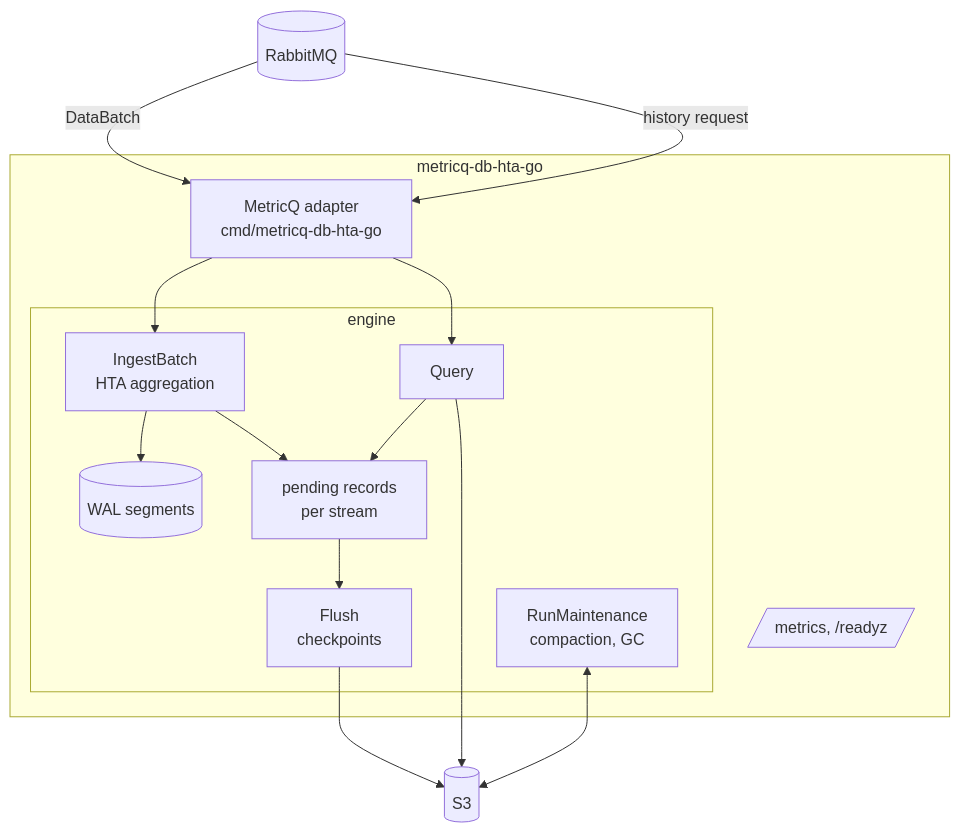
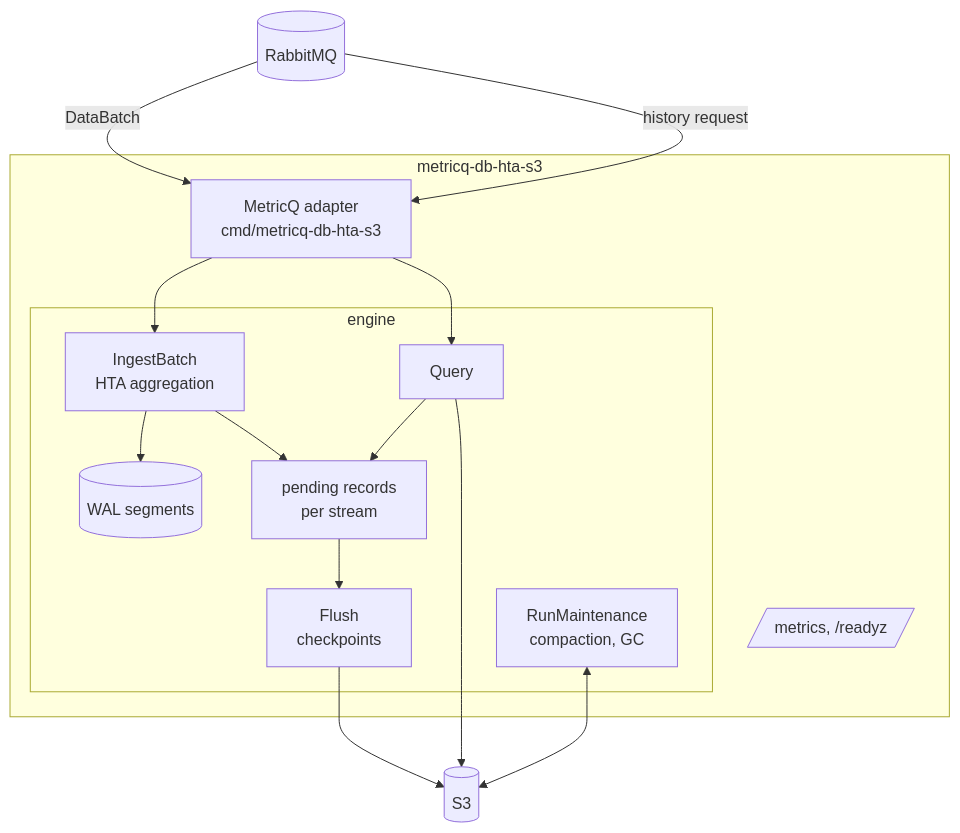
Before and after one commit to metricq/metricq-db-hta-s3: the diagram in docs/architecture/overview.md, drawn with Mermaid. The commit also changed other lines of this file and 64 other files, not shown here.

First line of the commit message:
Rename the project to metricq-db-hta-s3

````diff
--- a/docs/architecture/overview.md
+++ b/docs/architecture/overview.md
@@ -6,23 +6,23 @@
 ```mermaid
 flowchart TB
-  subgraph process[metricq-db-hta-go]
-    adapter[MetricQ adapter<br/>cmd/metricq-db-hta-go]
+  subgraph process[metricq-db-hta-s3]
+    adapter[MetricQ adapter<br/>cmd/metricq-db-hta-s3]
     subgraph engine[engine]
       ingest[IngestBatch<br/>HTA aggregation]
       wal[(WAL segments)]
       pending[pending records<br/>per stream]
       flush[Flush<br/>checkpoints]
       query[Query]
       maint[RunMaintenance<br/>compaction, GC]
     end
     http[/metrics, /readyz/]
   end
   rmq[(RabbitMQ)] -->|DataBatch| adapter
   adapter --> ingest --> wal
   ingest --> pending
   pending --> flush --> s3[(S3)]
   rmq -->|history request| adapter --> query
   query --> pending
   query --> s3
   maint <--> s3
 ```
````
